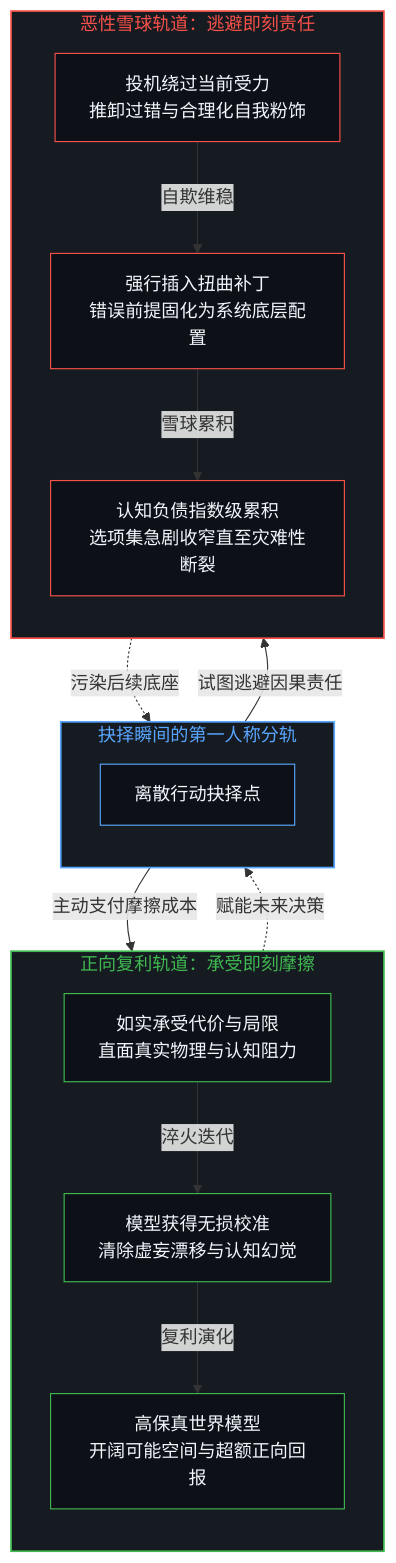
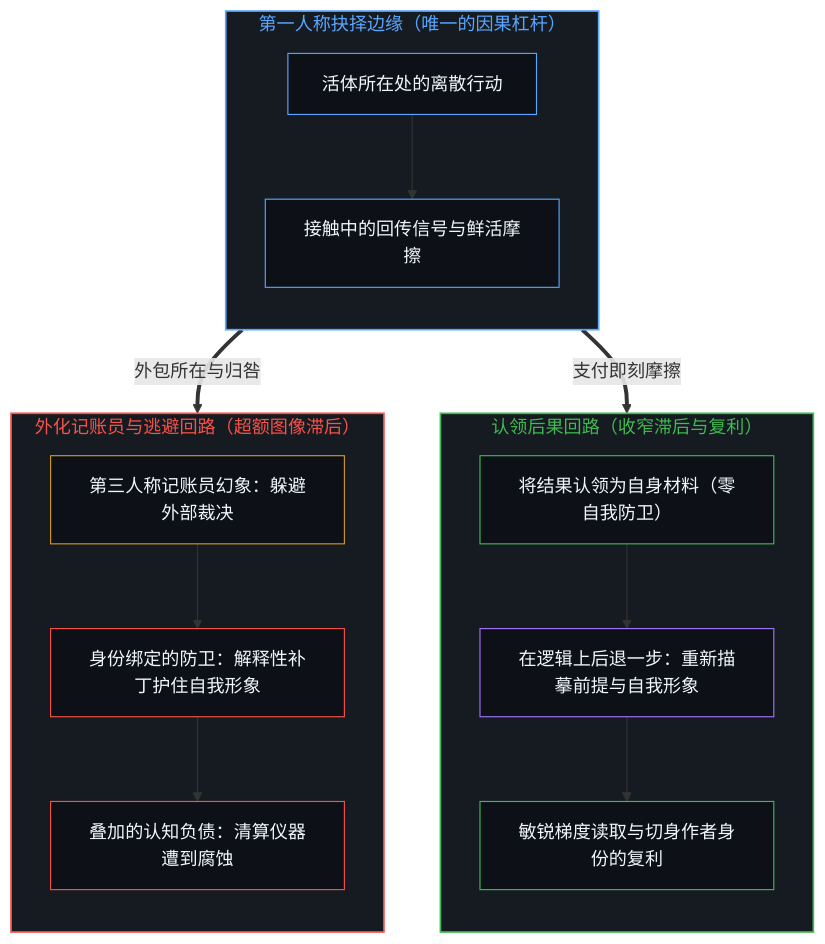
The first of 2 diagrams in content/posts/no-outside-scorekeeper.md (powerpig99/not-a-toe), drawn with Mermaid before and after one commit. The commit also changed other lines of this file and 4 other files, not shown here.

````diff
--- a/content/posts/no-outside-scorekeeper.md
+++ b/content/posts/no-outside-scorekeeper.md
@@ -101,40 +37,40 @@
 ```mermaid
-graph TD
-    subgraph S_Origin["抉择瞬间的第一人称分轨"]
+flowchart TD
+    subgraph S_Edge["第一人称抉择边缘（唯一的因果杠杆）"]
         direction TB
-        Dec["离散行动抉择点"]
-    end
-    subgraph S_Clean["正向复利轨道：承受即刻摩擦"]
-        direction TB
-        Pay["如实承受代价与局限<br/>直面真实物理与认知阻力"]
-        Cal["模型获得无损校准<br/>清除虚妄漂移与认知幻觉"]
-        Ret["高保真世界模型<br/>开阔可能空间与超额正向回报"]
-    end
-    subgraph S_Distort["恶性雪球轨道：逃避即刻责任"]
-        direction TB
-        Evade["投机绕过当前受力<br/>推卸过错与合理化自我粉饰"]
-        Patch["强行插入扭曲补丁<br/>错误前提固化为系统底层配置"]
-        Debt["认知负债指数级累积<br/>选项集急剧收窄直至灾难性断裂"]
+        Choice["活体所在处的离散行动"]
+        Contact["接触中的回传信号与鲜活摩擦"]
+        Choice --> Contact
     end
 
-    Dec -->|"主动支付摩擦成本"| Pay
-    Pay -->|"淬火迭代"| Cal
-    Cal -->|"复利演化"| Ret
-    Ret -. "赋能未来决策" .-> Dec
+    subgraph S_Own["认领后果回路（收窄滞后与复利）"]
+        direction TB
+        Claim["将结果认领为自身材料（零自我防卫）"]
+        StepBack["在逻辑上后退一步：重新描摹前提与自我形象"]
+        Compound["敏锐梯度读取与切身作者身份的复利"]
+        Claim --> StepBack --> Compound
+    end
 
-    Dec -->|"试图逃避因果责任"| Evade
-    Evade -->|"自欺维稳"| Patch
-    Patch -->|"雪球累积"| Debt
-    Debt -. "污染后续底座" .-> Dec
+    subgraph S_Evade["外化记账员与逃避回路（超额图像滞后）"]
+        direction TB
+        Court["第三人称记账员幻象：躲避外部裁决"]
+        Patch["身份绑定的防卫：解释性补丁护住自我形象"]
+        Lock["叠加的认知负债：清算仪器遭到腐蚀"]
+        Court --> Patch --> Lock
+    end
 
-    style S_Origin fill:#161b22,stroke:#58a6ff,stroke-width:1.5px,color:#58a6ff
-    style S_Clean fill:#161b22,stroke:#3fb950,stroke-width:1.5px,color:#3fb950
-    style S_Distort fill:#161b22,stroke:#f85149,stroke-width:1.5px,color:#f85149
-    style Dec fill:#0d1117,stroke:#58a6ff,stroke-width:1px,color:#f0f6fc
-    style Pay fill:#0d1117,stroke:#3fb950,stroke-width:1px,color:#f0f6fc
-    style Cal fill:#0d1117,stroke:#3fb950,stroke-width:1px,color:#f0f6fc
-    style Ret fill:#0d1117,stroke:#3fb950,stroke-width:1px,color:#f0f6fc
-    style Evade fill:#0d1117,stroke:#f85149,stroke-width:1px,color:#f0f6fc
+    Contact ==>|"支付即刻摩擦"| Claim
+    Contact ==>|"外包所在与归咎"| Court
+
+    style S_Edge fill:#161b22,stroke:#58a6ff,stroke-width:1.5px,color:#58a6ff
+    style S_Own fill:#161b22,stroke:#3fb950,stroke-width:1.5px,color:#3fb950
+    style S_Evade fill:#161b22,stroke:#f85149,stroke-width:1.5px,color:#f85149
+    style Choice fill:#0d1117,stroke:#58a6ff,stroke-width:1px,color:#f0f6fc
+    style Contact fill:#0d1117,stroke:#58a6ff,stroke-width:1px,color:#f0f6fc
+    style Claim fill:#0d1117,stroke:#3fb950,stroke-width:1px,color:#f0f6fc
+    style StepBack fill:#0d1117,stroke:#a371f7,stroke-width:1px,color:#f0f6fc
+    style Compound fill:#0d1117,stroke:#3fb950,stroke-width:1px,color:#f0f6fc
+    style Court fill:#0d1117,stroke:#d29922,stroke-width:1px,color:#f0f6fc
     style Patch fill:#0d1117,stroke:#f85149,stroke-width:1px,color:#f0f6fc
-    style Debt fill:#0d1117,stroke:#f85149,stroke-width:1px,color:#f0f6fc
+    style Lock fill:#0d1117,stroke:#f85149,stroke-width:1px,color:#f0f6fc
 ```
````
